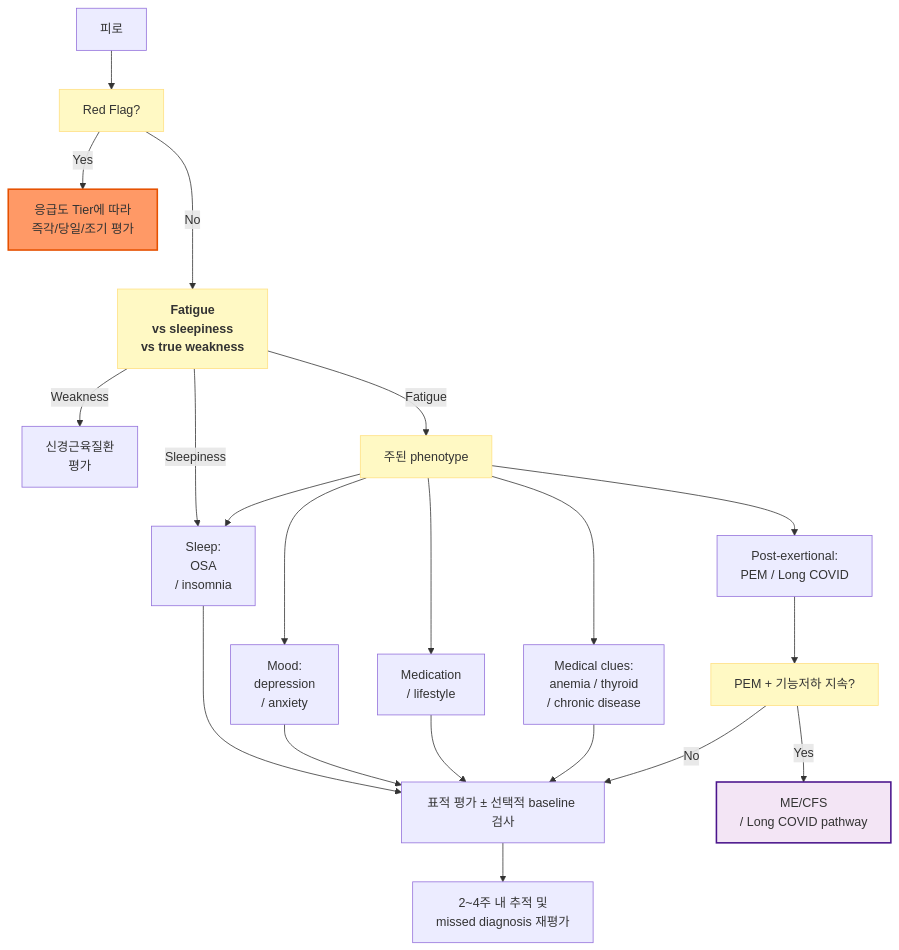
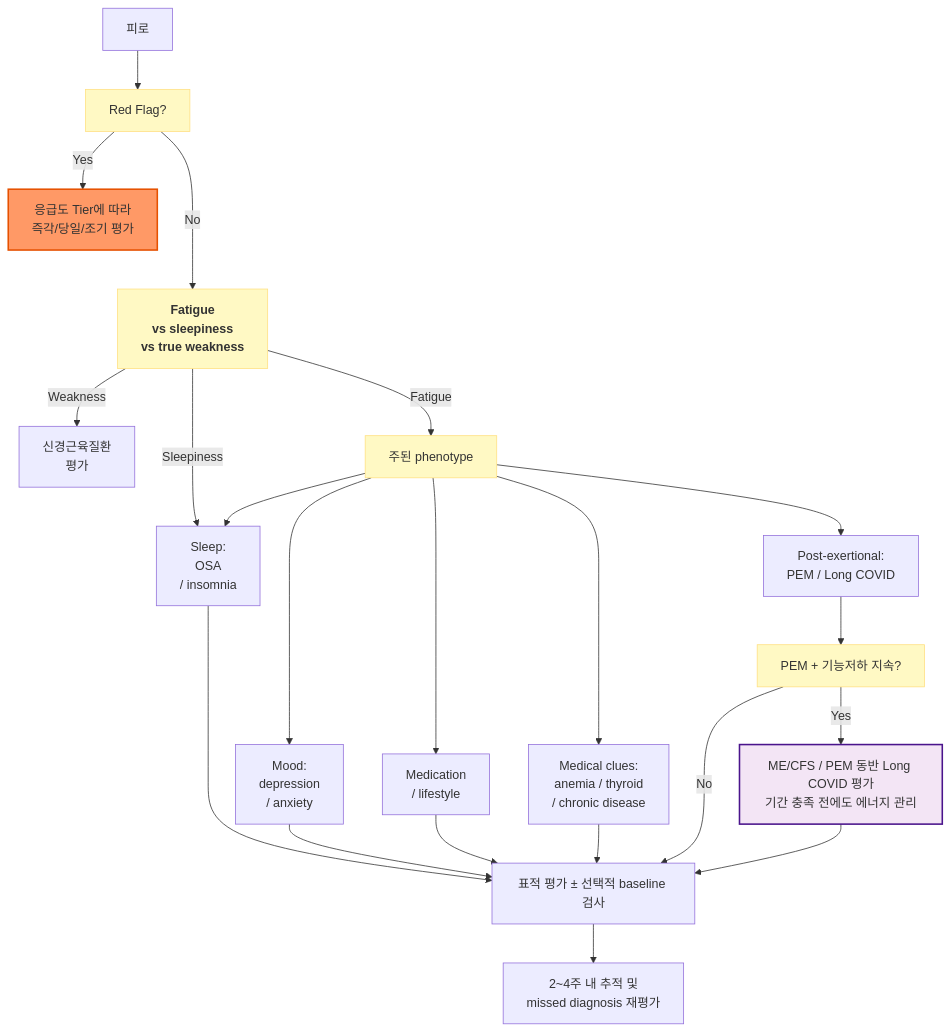
Before and after one commit to familyoh77/familyoh77: the diagram in 220_/014_-fatigue.md, drawn with Mermaid. The commit also changed other lines of this file and 11 other files, not shown here.

````diff
--- a/220_/014_-fatigue.md
+++ b/220_/014_-fatigue.md
@@ -218,26 +224,27 @@
 ```mermaid
 flowchart TD
     A[피로] --> B[Red Flag?]
     B -->|Yes| C[응급도 Tier에 따라 <br/>즉각/당일/조기 평가]
     B --->|No| D[<b>Fatigue <br/>vs sleepiness<br/>vs true weakness</b>]
     D -->|Weakness| E[신경근육질환 <br/>평가]
     D -->|Sleepiness| G
     D -->|Fatigue| F[주된 phenotype]
     F --> G[Sleep: <br/>OSA <br/>/ insomnia]
     F --> H[Mood: <br/>depression <br/>/ anxiety]
     F --> I[Medication <br/>/ lifestyle]
     F --> J[Medical clues: <br/>anemia / thyroid <br/>/ chronic disease]
     F --> K[Post-exertional: <br/>PEM / Long COVID]
     G --> L[표적 평가 ± 선택적 baseline 검사]
     H --> L
     I --> L
     J --> L
     K --> M[PEM + 기능저하 지속?]
-    M -->|Yes| N[ME/CFS <br/>/ Long COVID pathway]
+    M -->|Yes| N[ME/CFS / PEM 동반 Long COVID 평가<br/>기간 충족 전에도 에너지 관리]
     M -->|No| L
+    N --> L
     L --> O[2~4주 내 추적 및 <br/>missed diagnosis 재평가]
     style C fill:#f96,stroke:#e65100,stroke-width:2px
     style N fill:#f3e5f5,stroke:#4a148c,stroke-width:2px
 classDef yellow fill:#fff9c4,stroke:#ffe082
 class B,D,F,M yellow
 ```
````
